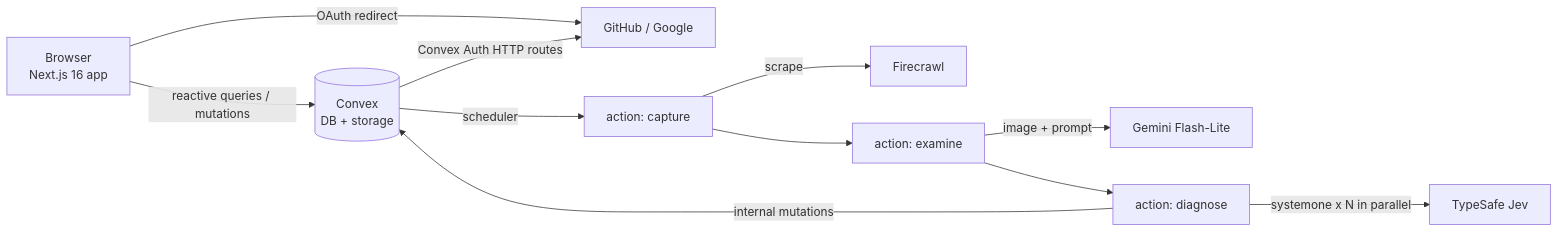
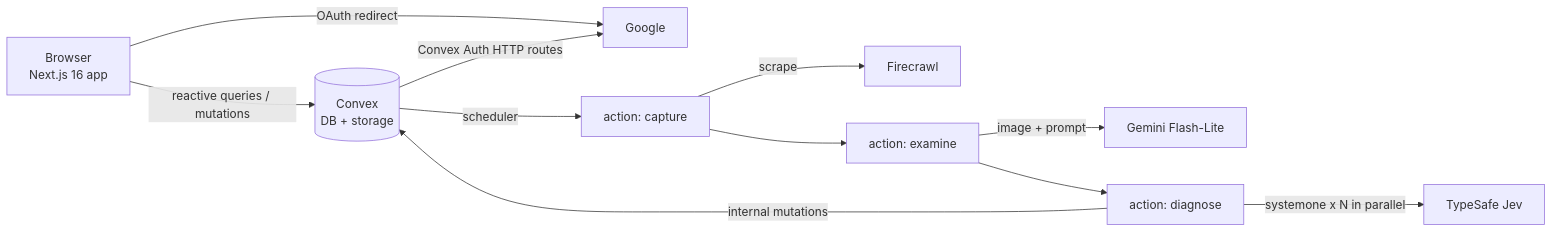
Before and after one commit to BuildGreatProducts/slop-doctor: the diagram in docs/PRD.md, drawn with Mermaid. The commit also changed other lines of this file and 7 other files, not shown here.

First line of the commit message:
Remove GitHub sign-in; Google is the only provider

````diff
--- a/docs/PRD.md
+++ b/docs/PRD.md
@@ -52,13 +52,13 @@
 ```mermaid
 flowchart LR
   B[Browser<br/>Next.js 16 app] -- reactive queries / mutations --> C[(Convex<br/>DB + storage)]
-  B -- OAuth redirect --> GH[GitHub / Google]
+  B -- OAuth redirect --> GH[Google]
   C -- Convex Auth HTTP routes --> GH
   C -- scheduler --> P1[action: capture]
   P1 -- scrape --> FC[Firecrawl]
   P1 --> P2[action: examine]
   P2 -- image + prompt --> GM[Gemini Flash-Lite]
   P2 --> P3[action: diagnose]
   P3 -- systemone x N in parallel --> TS[TypeSafe Jev]
   P3 -- internal mutations --> C
 ```
````
